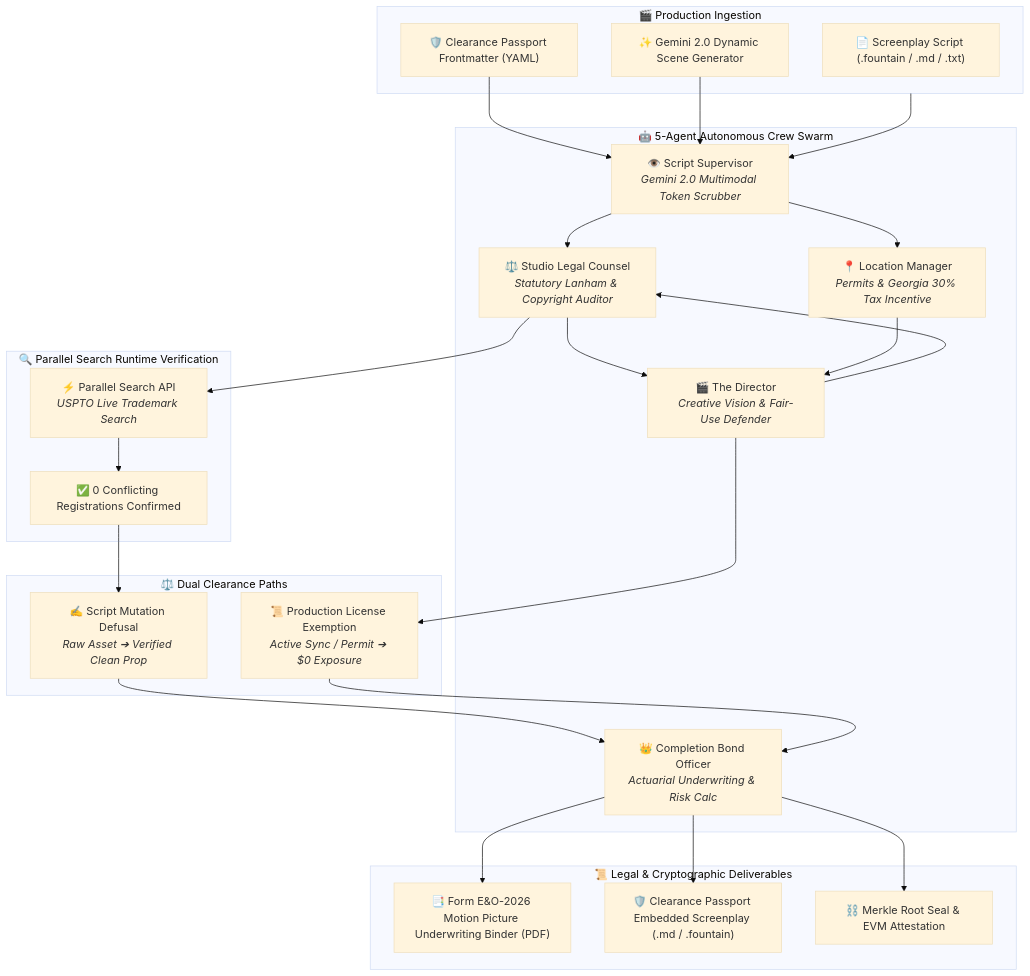
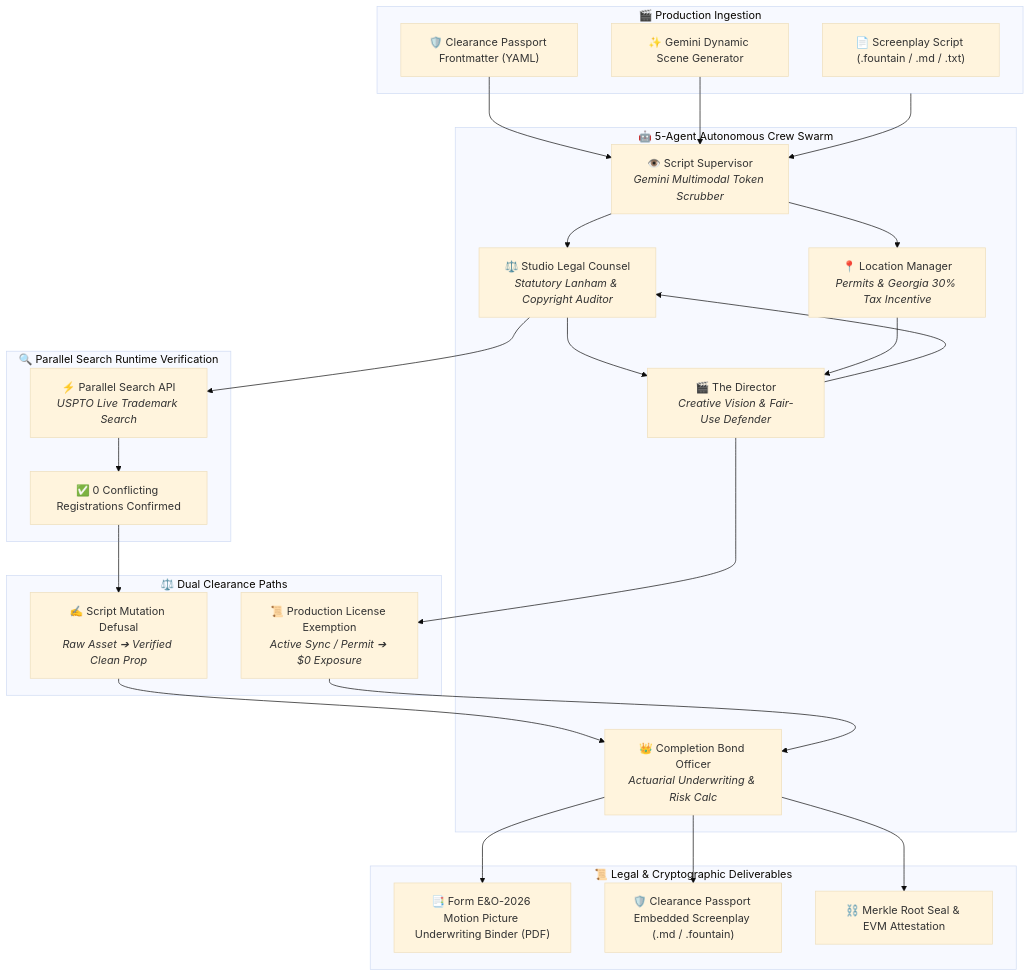
One commit to miracles2motion/deepclear-studio changed the diagram in README.md. Above: the diagram before and after it, drawn with Mermaid (base theme). The commit also changed other lines of this file, not shown here.

Commit message:
docs: align model references to Google Cloud Gemini Flash with self-healing cascade

````diff
--- a/README.md
+++ b/README.md
@@ -73,46 +73,46 @@
 ```mermaid
 flowchart TD
     subgraph Inputs["🎬 Production Ingestion"]
         SC["📄 Screenplay Script (.fountain / .md / .txt)"]
         CP["🛡️ Clearance Passport Frontmatter (YAML)"]
-        GEN["✨ Gemini 2.0 Dynamic Scene Generator"]
+        GEN["✨ Gemini Dynamic Scene Generator"]
     end
 
     subgraph Swarm["🤖 5-Agent Autonomous Crew Swarm"]
-        SS["👁️ Script Supervisor<br/><i>Gemini 2.0 Multimodal Token Scrubber</i>"]
+        SS["👁️ Script Supervisor<br/><i>Gemini Multimodal Token Scrubber</i>"]
         LC["⚖️ Studio Legal Counsel<br/><i>Statutory Lanham & Copyright Auditor</i>"]
         LM["📍 Location Manager<br/><i>Permits & Georgia 30% Tax Incentive</i>"]
         DIR["🎬 The Director<br/><i>Creative Vision & Fair-Use Defender</i>"]
         CBO["👑 Completion Bond Officer<br/><i>Actuarial Underwriting & Risk Calc</i>"]
     end
 
     subgraph ParallelLoop["🔍 Parallel Search Runtime Verification"]
         PS["⚡ Parallel Search API<br/><i>USPTO Live Trademark Search</i>"]
         REG["✅ 0 Conflicting Registrations Confirmed"]
     end
 
     subgraph Resolution["⚖️ Dual Clearance Paths"]
         MUT["✍️ Script Mutation Defusal<br/><i>Raw Asset ➔ Verified Clean Prop</i>"]
         LIC["📜 Production License Exemption<br/><i>Active Sync / Permit ➔ $0 Exposure</i>"]
     end
 
     subgraph Deliverables["📜 Legal & Cryptographic Deliverables"]
         PDF["📑 Form E&O-2026 Motion Picture Underwriting Binder (PDF)"]
         PASS["🛡️ Clearance Passport Embedded Screenplay (.md / .fountain)"]
         EVM["⛓️ Merkle Root Seal & EVM Attestation"]
     end
 
     Inputs --> SS
     CP --> SS
     GEN --> SS
     SS --> LC & LM
     LC & LM --> DIR
     DIR --> LC
     LC --> PS
     PS --> REG
     REG --> MUT
     DIR --> LIC
     MUT --> CBO
     LIC --> CBO
     CBO --> PDF & PASS & EVM
 ```
````
